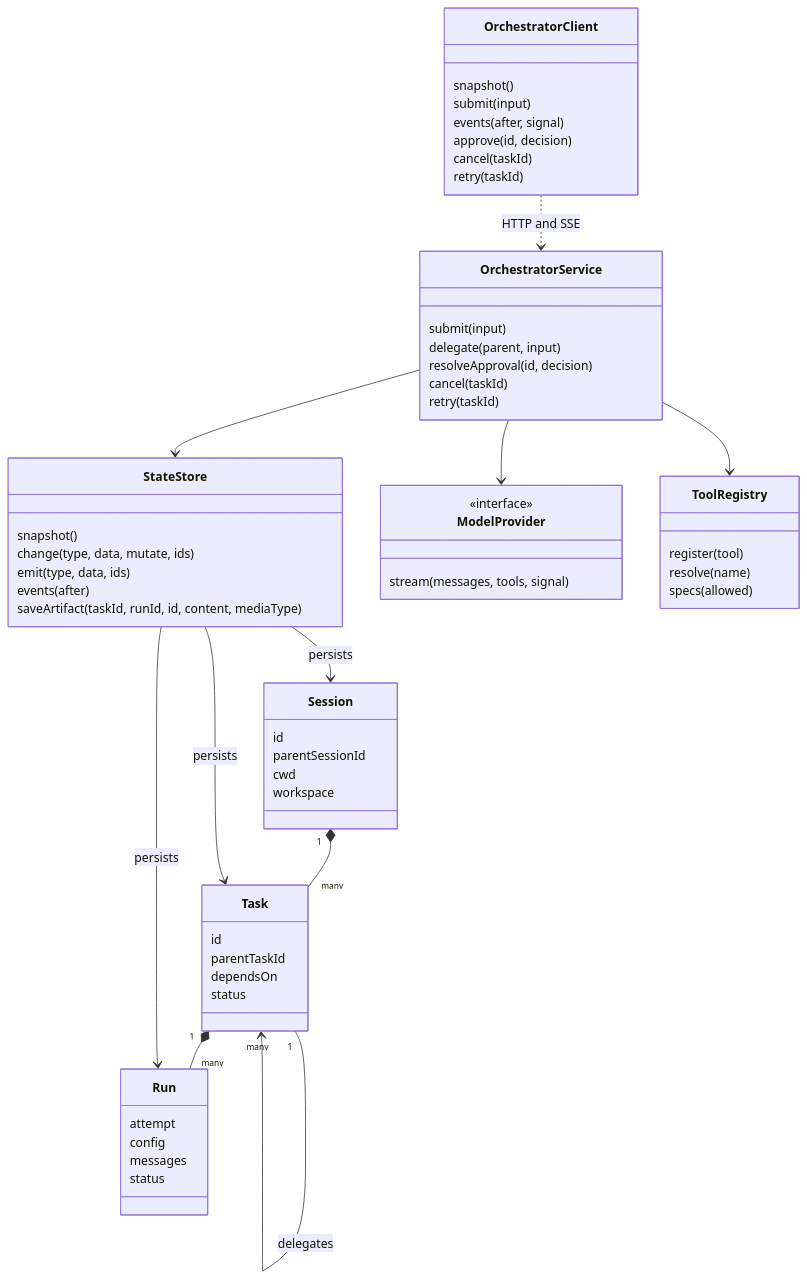
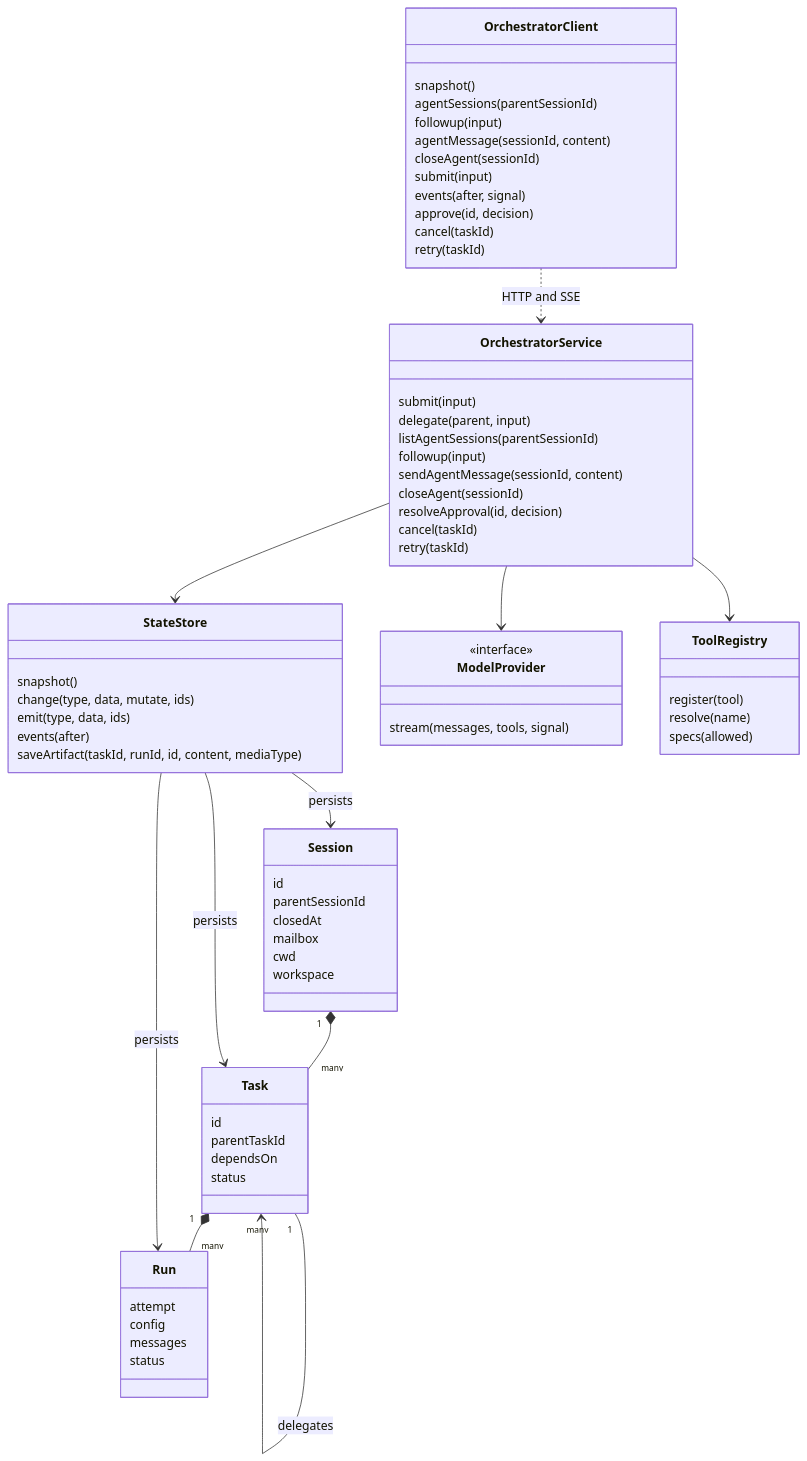
Before and after one commit to ViperEkura/Orchestrator: the diagram in docs/ARCHITECTURE.md, drawn with Mermaid. The commit also changed other lines of this file and 99 other files, not shown here.

````diff
--- a/docs/ARCHITECTURE.md
+++ b/docs/ARCHITECTURE.md
@@ -5,62 +5,72 @@
 ```mermaid
 classDiagram
   class OrchestratorClient {
     snapshot()
+    agentSessions(parentSessionId)
+    followup(input)
+    agentMessage(sessionId, content)
+    closeAgent(sessionId)
     submit(input)
     events(after, signal)
     approve(id, decision)
     cancel(taskId)
     retry(taskId)
   }
   class OrchestratorService {
     submit(input)
     delegate(parent, input)
+    listAgentSessions(parentSessionId)
+    followup(input)
+    sendAgentMessage(sessionId, content)
+    closeAgent(sessionId)
     resolveApproval(id, decision)
     cancel(taskId)
     retry(taskId)
   }
   class StateStore {
     snapshot()
     change(type, data, mutate, ids)
     emit(type, data, ids)
     events(after)
     saveArtifact(taskId, runId, id, content, mediaType)
   }
   class ModelProvider {
     <<interface>>
     stream(messages, tools, signal)
   }
   class ToolRegistry {
     register(tool)
     resolve(name)
     specs(allowed)
   }
   class Session {
     id
     parentSessionId
+    closedAt
+    mailbox
     cwd
     workspace
   }
   class Task {
     id
     parentTaskId
     dependsOn
     status
   }
   class Run {
     attempt
     config
     messages
     status
   }
   OrchestratorClient ..> OrchestratorService : HTTP and SSE
   OrchestratorService --> StateStore
   OrchestratorService --> ModelProvider
   OrchestratorService --> ToolRegistry
   Session "1" *-- "many" Task
   Task "1" *-- "many" Run
   Task "1" --> "many" Task : delegates
   StateStore --> Session : persists
   StateStore --> Task : persists
   StateStore --> Run : persists
 ```
````
